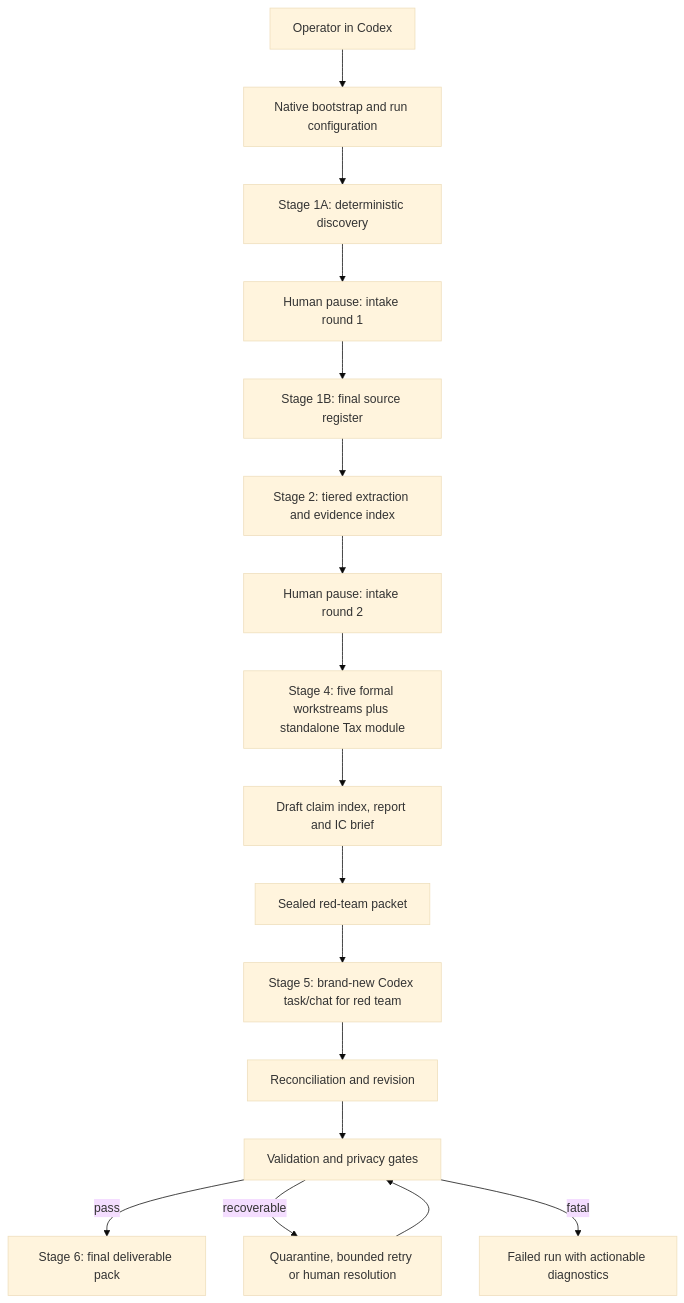
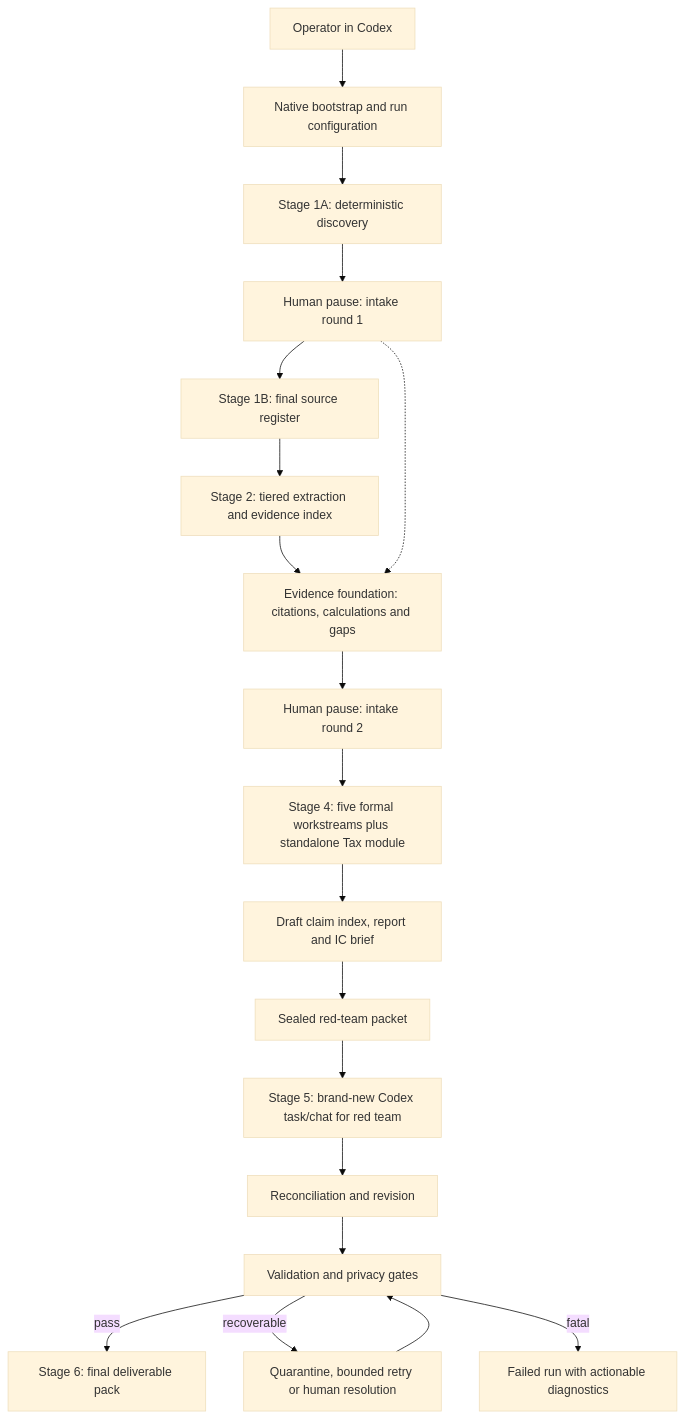
The diagram in docs/architecture.md (JiteshAnand2207/dd-engine), drawn with Mermaid (base theme) before and after one commit. The commit also changed other lines of this file and 18 other files, not shown here.

````diff
--- a/docs/architecture.md
+++ b/docs/architecture.md
@@ -33,19 +33,21 @@
 ```mermaid
 flowchart TD
     O["Operator in Codex"] --> B["Native bootstrap and run configuration"]
     B --> D1["Stage 1A: deterministic discovery"]
     D1 --> H1["Human pause: intake round 1"]
     H1 --> R1["Stage 1B: final source register"]
     R1 --> E["Stage 2: tiered extraction and evidence index"]
-    E --> H2["Human pause: intake round 2"]
+    E --> EF["Evidence foundation: citations, calculations and gaps"]
+    H1 -.-> EF
+    EF --> H2["Human pause: intake round 2"]
     H2 --> W["Stage 4: five formal workstreams plus standalone Tax module"]
     W --> DR["Draft claim index, report and IC brief"]
     DR --> S["Sealed red-team packet"]
     S --> RT["Stage 5: brand-new Codex task/chat for red team"]
     RT --> RV["Reconciliation and revision"]
     RV --> V["Validation and privacy gates"]
     V -->|"pass"| P["Stage 6: final deliverable pack"]
     V -->|"recoverable"| Q["Quarantine, bounded retry or human resolution"]
     V -->|"fatal"| F["Failed run with actionable diagnostics"]
     Q --> V
 ```
````
